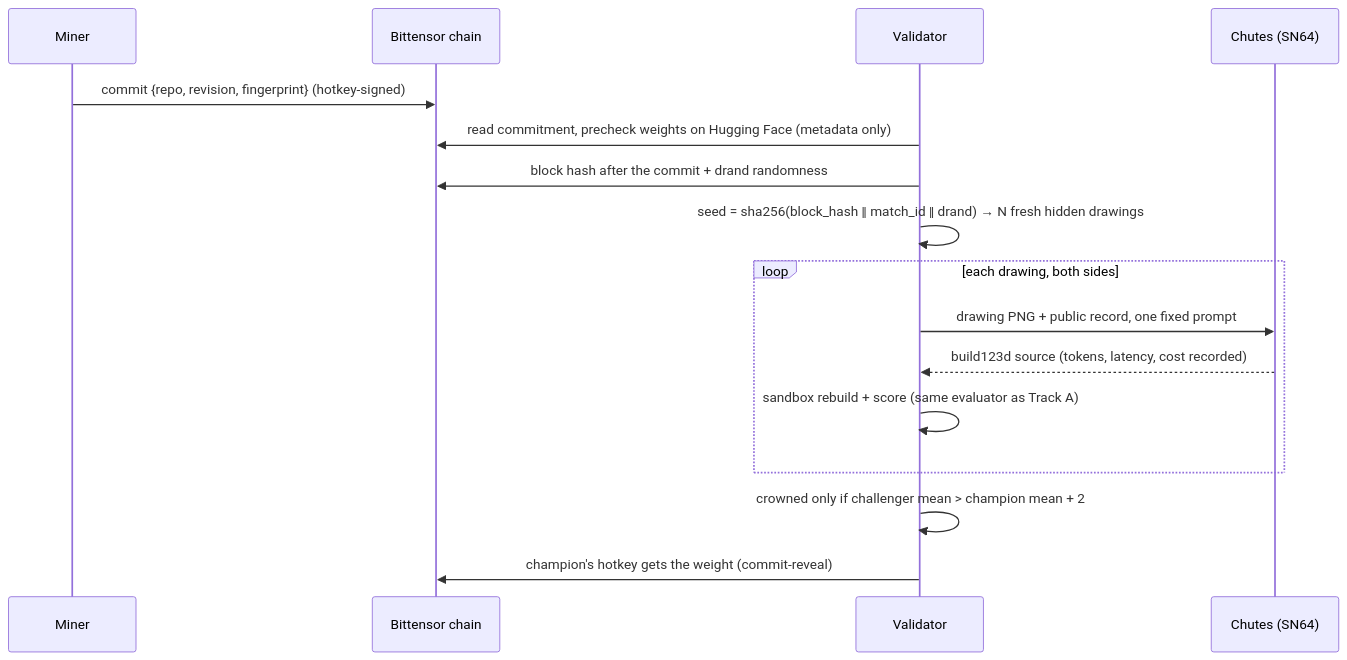
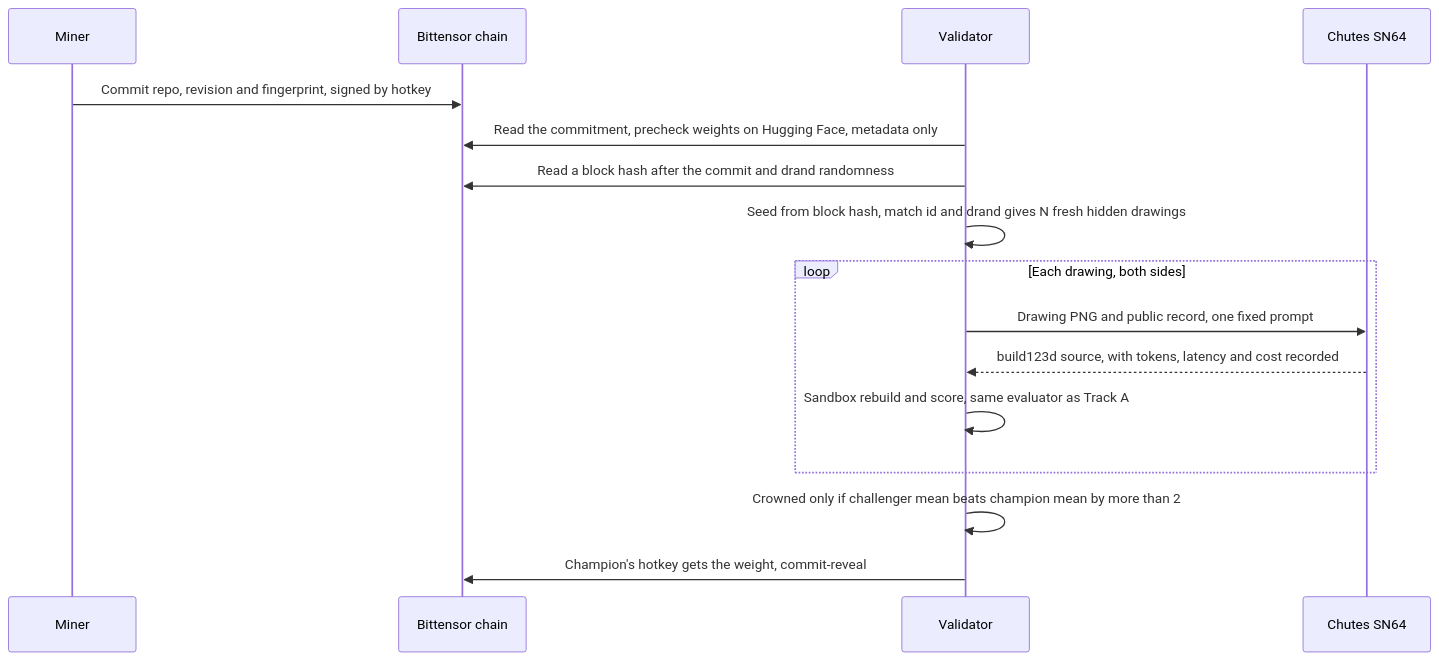
The third of 3 diagrams in README.md (soumyacodes007/kova), drawn with Mermaid before and after one commit. The commit also changed other lines of this file, not shown here.

Commit message:
[C] README: Mermaid diagrams GitHub can render (quoted labels, plain ASCII, no entities)

````diff
--- a/README.md
+++ b/README.md
@@ -78,18 +82,18 @@
 ```mermaid
 sequenceDiagram
     participant Miner
     participant Chain as Bittensor chain
     participant Val as Validator
-    participant Chutes as Chutes (SN64)
-    Miner->>Chain: commit {repo, revision, fingerprint} (hotkey-signed)
-    Val->>Chain: read commitment, precheck weights on Hugging Face (metadata only)
-    Val->>Chain: block hash after the commit + drand randomness
-    Val->>Val: seed = sha256(block_hash ‖ match_id ‖ drand) → N fresh hidden drawings
-    loop each drawing, both sides
-        Val->>Chutes: drawing PNG + public record, one fixed prompt
-        Chutes-->>Val: build123d source (tokens, latency, cost recorded)
-        Val->>Val: sandbox rebuild + score (same evaluator as Track A)
+    participant Chutes as Chutes SN64
+    Miner->>Chain: Commit repo, revision and fingerprint, signed by hotkey
+    Val->>Chain: Read the commitment, precheck weights on Hugging Face, metadata only
+    Val->>Chain: Read a block hash after the commit and drand randomness
+    Val->>Val: Seed from block hash, match id and drand gives N fresh hidden drawings
+    loop Each drawing, both sides
+        Val->>Chutes: Drawing PNG and public record, one fixed prompt
+        Chutes-->>Val: build123d source, with tokens, latency and cost recorded
+        Val->>Val: Sandbox rebuild and score, same evaluator as Track A
     end
-    Val->>Val: crowned only if challenger mean > champion mean + 2
-    Val->>Chain: champion's hotkey gets the weight (commit-reveal)
+    Val->>Val: Crowned only if challenger mean beats champion mean by more than 2
+    Val->>Chain: Champion's hotkey gets the weight, commit-reveal
 ```
````
